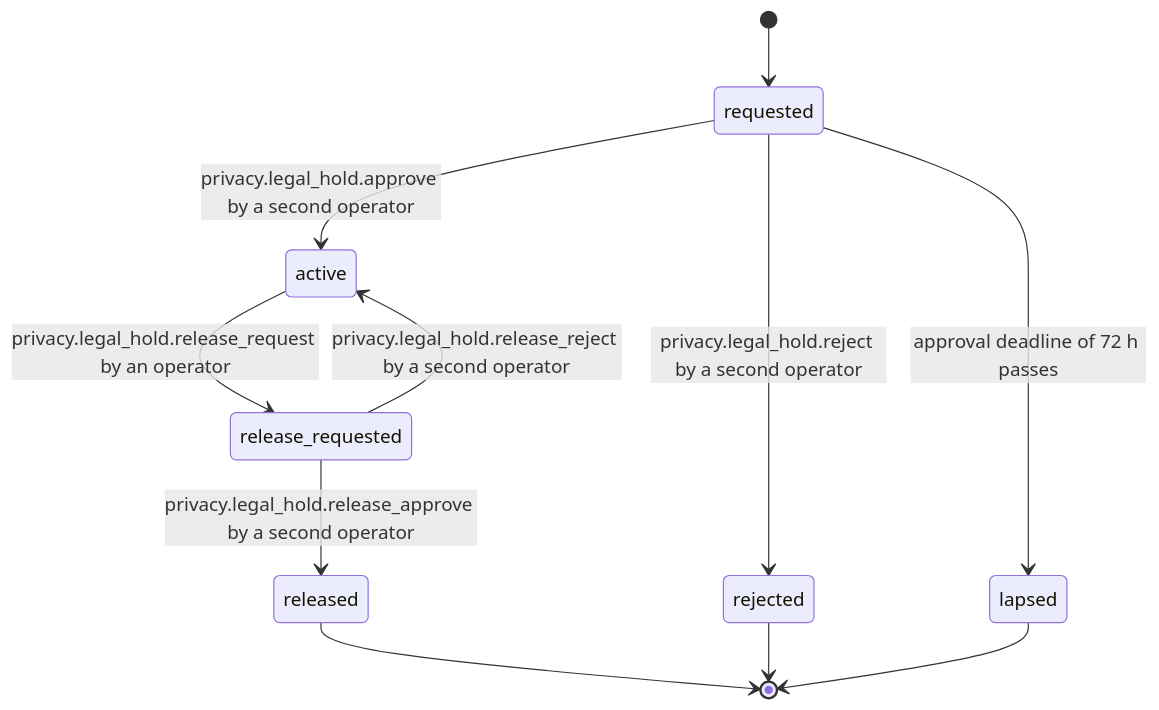
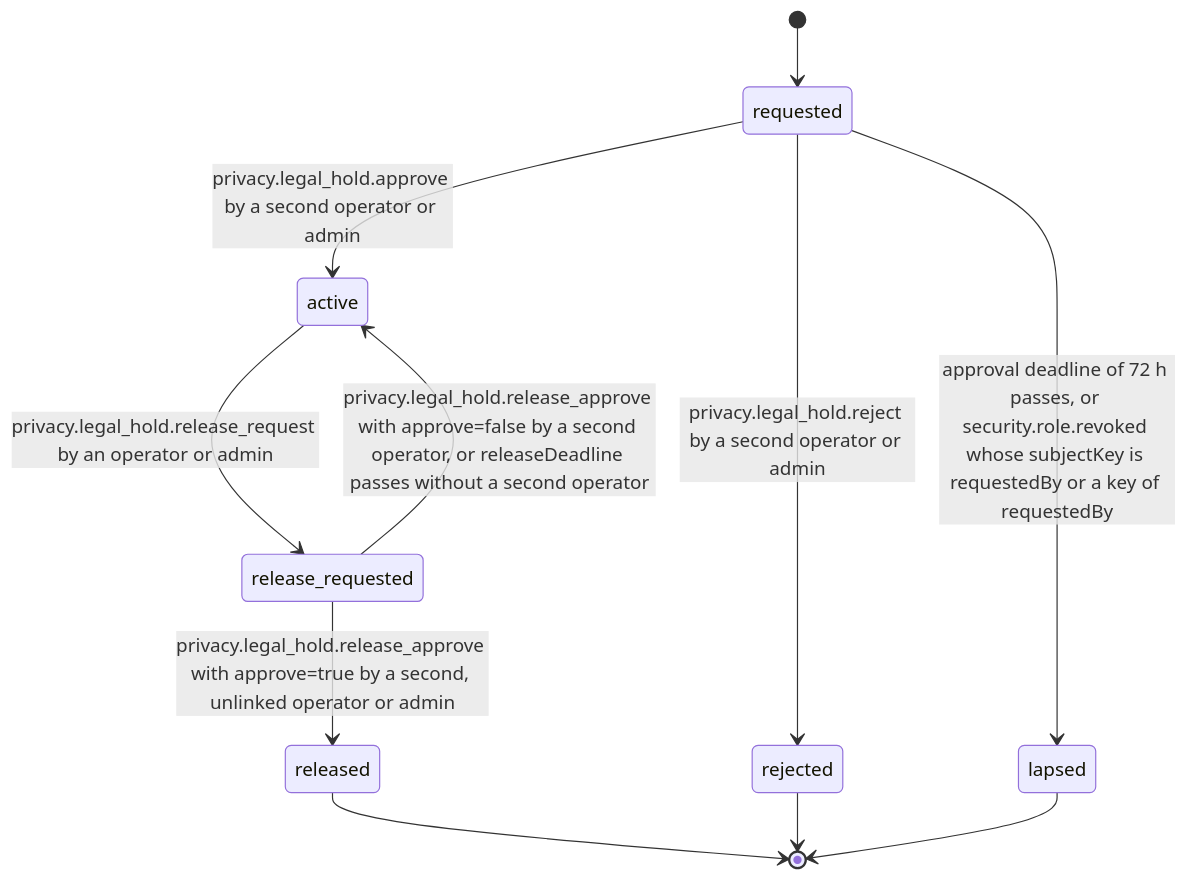
Before and after one commit to djshellshoxxx/CLASSifiedisRUPTed: the diagram in 10_Privacy/01_data_controls/mod_retention/workflow_state_machine.md, drawn with Mermaid. The commit also changed other lines of this file and 202 other files, not shown here.

````diff
--- a/10_Privacy/01_data_controls/mod_retention/workflow_state_machine.md
+++ b/10_Privacy/01_data_controls/mod_retention/workflow_state_machine.md
@@ -28,13 +28,13 @@
 ```mermaid
 stateDiagram-v2
   [*] --> requested
-  requested --> active: privacy.legal_hold.approve by a second operator
-  requested --> rejected: privacy.legal_hold.reject by a second operator
-  requested --> lapsed: approval deadline of 72 h passes
-  active --> release_requested: privacy.legal_hold.release_request by an operator
-  release_requested --> released: privacy.legal_hold.release_approve by a second operator
-  release_requested --> active: privacy.legal_hold.release_reject by a second operator
+  requested --> active: privacy.legal_hold.approve by a second operator or admin
+  requested --> rejected: privacy.legal_hold.reject by a second operator or admin
+  requested --> lapsed: approval deadline of 72 h passes, or security.role.revoked whose subjectKey is requestedBy or a key of requestedBy
+  active --> release_requested: privacy.legal_hold.release_request by an operator or admin
+  release_requested --> released: privacy.legal_hold.release_approve with approve=true by a second, unlinked operator or admin
+  release_requested --> active: privacy.legal_hold.release_approve with approve=false by a second operator, or releaseDeadline passes without a second operator
   released --> [*]
   rejected --> [*]
   lapsed --> [*]
 ```
````
